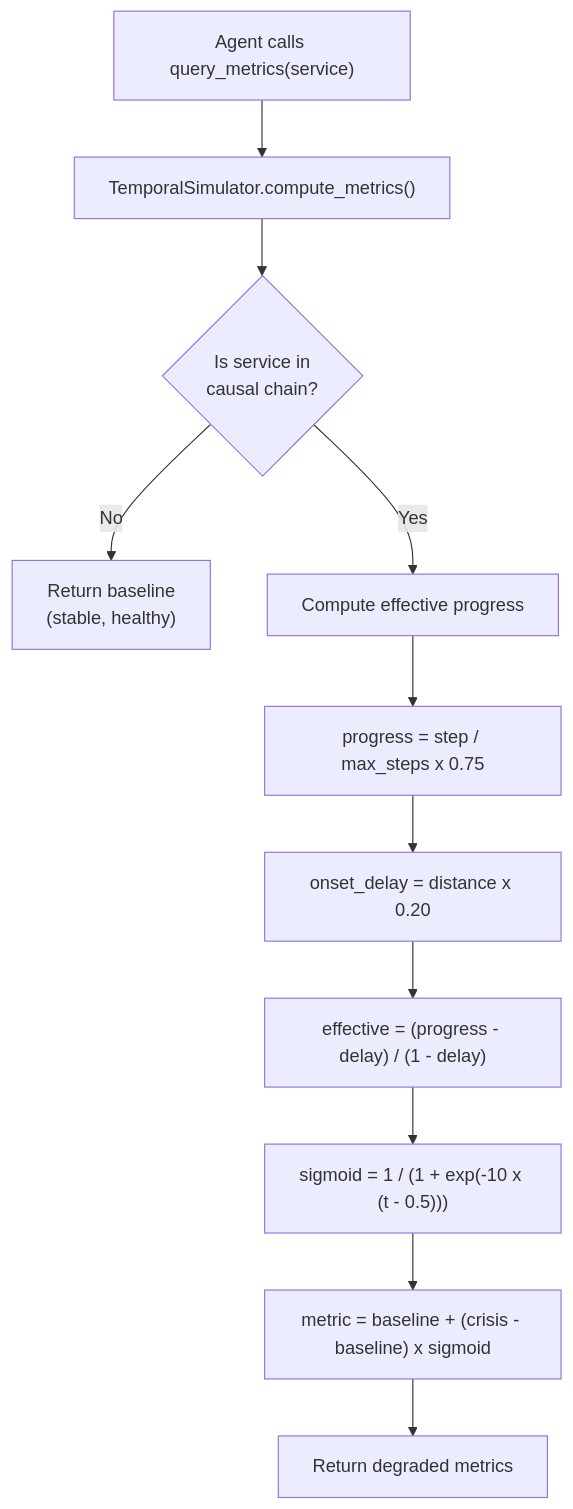
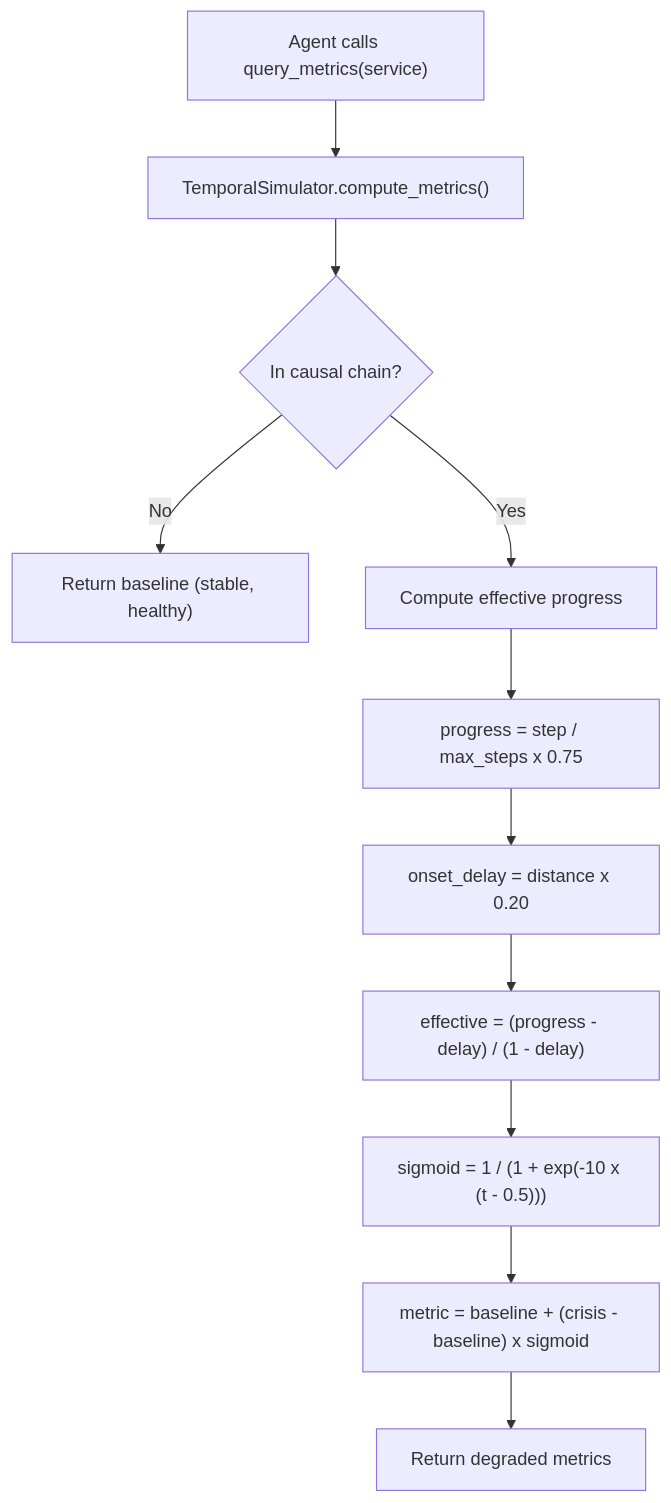
The second of 4 diagrams in README.md (wildcraft958/incident_triage_env), drawn with Mermaid before and after one commit. The commit also changed other lines of this file and 1 other file, not shown here.

First line of the commit message:
Fix remaining Mermaid render failures on GitHub

````diff
--- a/README.md
+++ b/README.md
@@ -59,13 +51,13 @@
 ```mermaid
 flowchart TD
     A["Agent calls query_metrics(service)"] --> B["TemporalSimulator.compute_metrics()"]
-    B --> C{"Is service in<br/>causal chain?"}
-    C -->|"No"| D["Return baseline<br/>(stable, healthy)"]
+    B --> C{"In causal chain?"}
+    C -->|"No"| D["Return baseline (stable, healthy)"]
     C -->|"Yes"| E["Compute effective progress"]
     E --> F["progress = step / max_steps x 0.75"]
     F --> G["onset_delay = distance x 0.20"]
     G --> H["effective = (progress - delay) / (1 - delay)"]
     H --> I["sigmoid = 1 / (1 + exp(-10 x (t - 0.5)))"]
     I --> J["metric = baseline + (crisis - baseline) x sigmoid"]
     J --> K["Return degraded metrics"]
 ```
````
